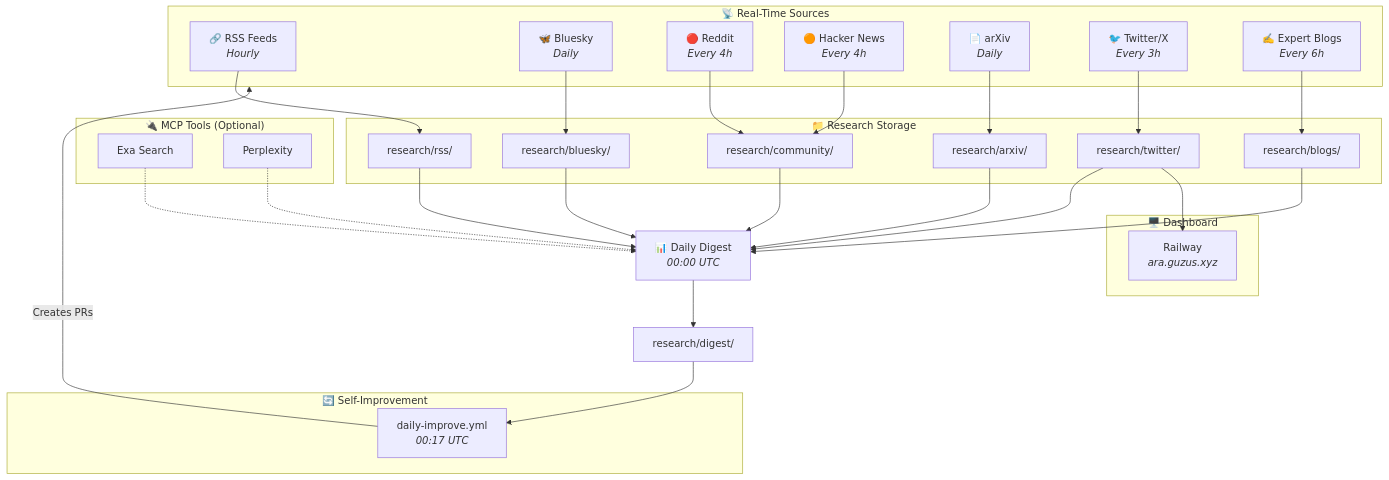
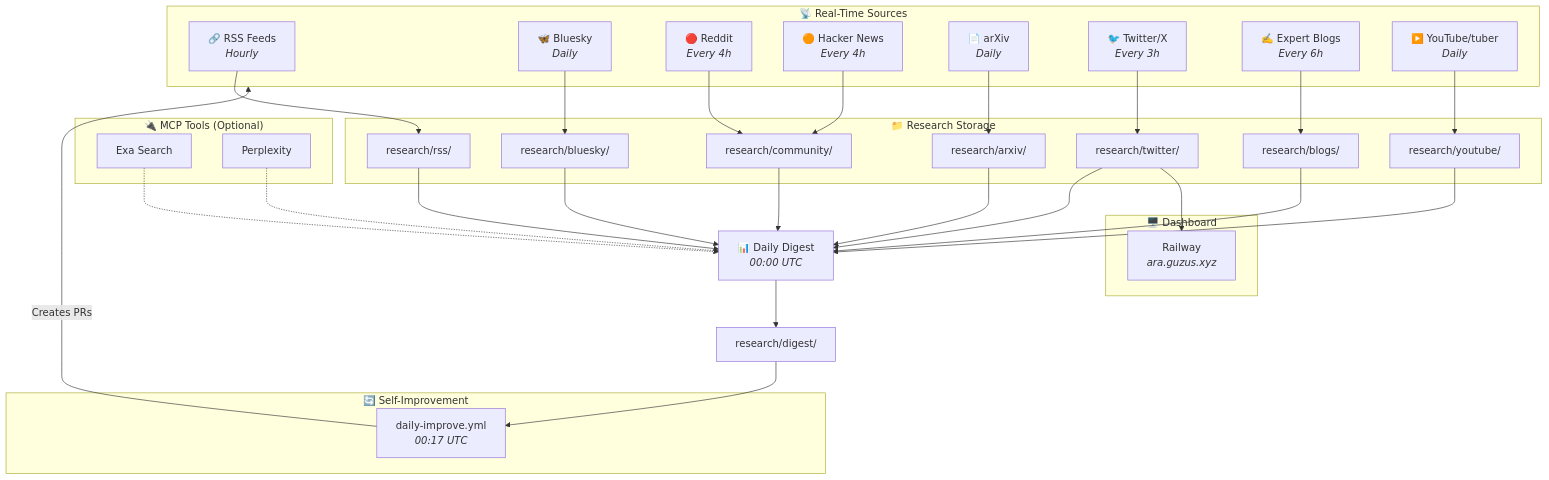
One commit to guzus/ai-research-arm changed the first of 2 diagrams in README.md. Above: the diagram before and after it, drawn with Mermaid. The commit also changed other lines of this file and 11 other files, not shown here.

Commit message:
Add tuber-backed YouTube signal lane

````diff
--- a/README.md
+++ b/README.md
@@ -15,60 +15,64 @@
 ```mermaid
 flowchart TB
     subgraph sources["📡 Real-Time Sources"]
         RSS["🔗 RSS Feeds<br/><i>Hourly</i>"]
         Bluesky["🦋 Bluesky<br/><i>Daily</i>"]
         Reddit["🔴 Reddit<br/><i>Every 4h</i>"]
         HN["🟠 Hacker News<br/><i>Every 4h</i>"]
         arXiv["📄 arXiv<br/><i>Daily</i>"]
         Twitter["🐦 Twitter/X<br/><i>Every 3h</i>"]
         Blogs["✍️ Expert Blogs<br/><i>Every 6h</i>"]
+        YouTube["▶️ YouTube/tuber<br/><i>Daily</i>"]
     end
 
     subgraph mcp["🔌 MCP Tools (Optional)"]
         Exa["Exa Search"]
         Perplexity["Perplexity"]
     end
 
     subgraph storage["📁 Research Storage"]
         rss_out["research/rss/"]
         bluesky_out["research/bluesky/"]
         community_out["research/community/"]
         arxiv_out["research/arxiv/"]
         twitter_out["research/twitter/"]
         blogs_out["research/blogs/"]
+        youtube_out["research/youtube/"]
     end
 
     RSS --> rss_out
     Bluesky --> bluesky_out
     Reddit --> community_out
     HN --> community_out
     arXiv --> arxiv_out
     Twitter --> twitter_out
     Blogs --> blogs_out
+    YouTube --> youtube_out
 
     rss_out --> Digest
     bluesky_out --> Digest
     community_out --> Digest
     arxiv_out --> Digest
     twitter_out --> Digest
     blogs_out --> Digest
+    youtube_out --> Digest
 
     Exa -.-> Digest
     Perplexity -.-> Digest
 
     Digest["📊 Daily Digest<br/><i>00:00 UTC</i>"]
     Digest --> digest_out["research/digest/"]
 
     subgraph improve["🔄 Self-Improvement"]
         Improve["daily-improve.yml<br/><i>00:17 UTC</i>"]
     end
 
     digest_out --> Improve
     Improve -->|"Creates PRs"| sources
 
     subgraph dashboard["🖥️ Dashboard"]
         Railway["Railway<br/><i>ara.guzus.xyz</i>"]
     end
 
     twitter_out --> Railway
 ```
````
